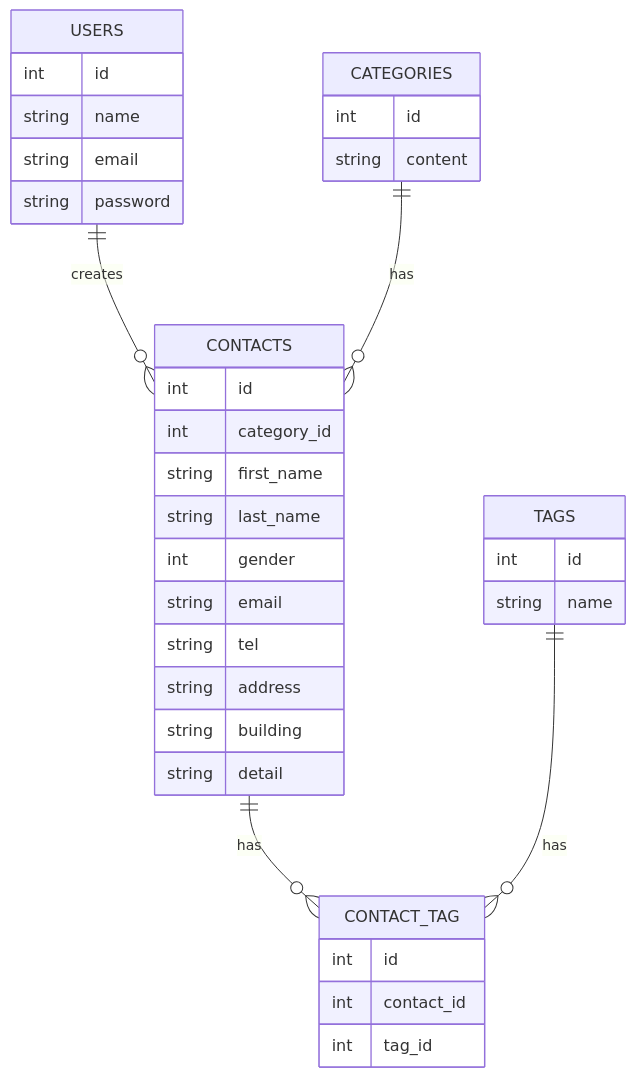
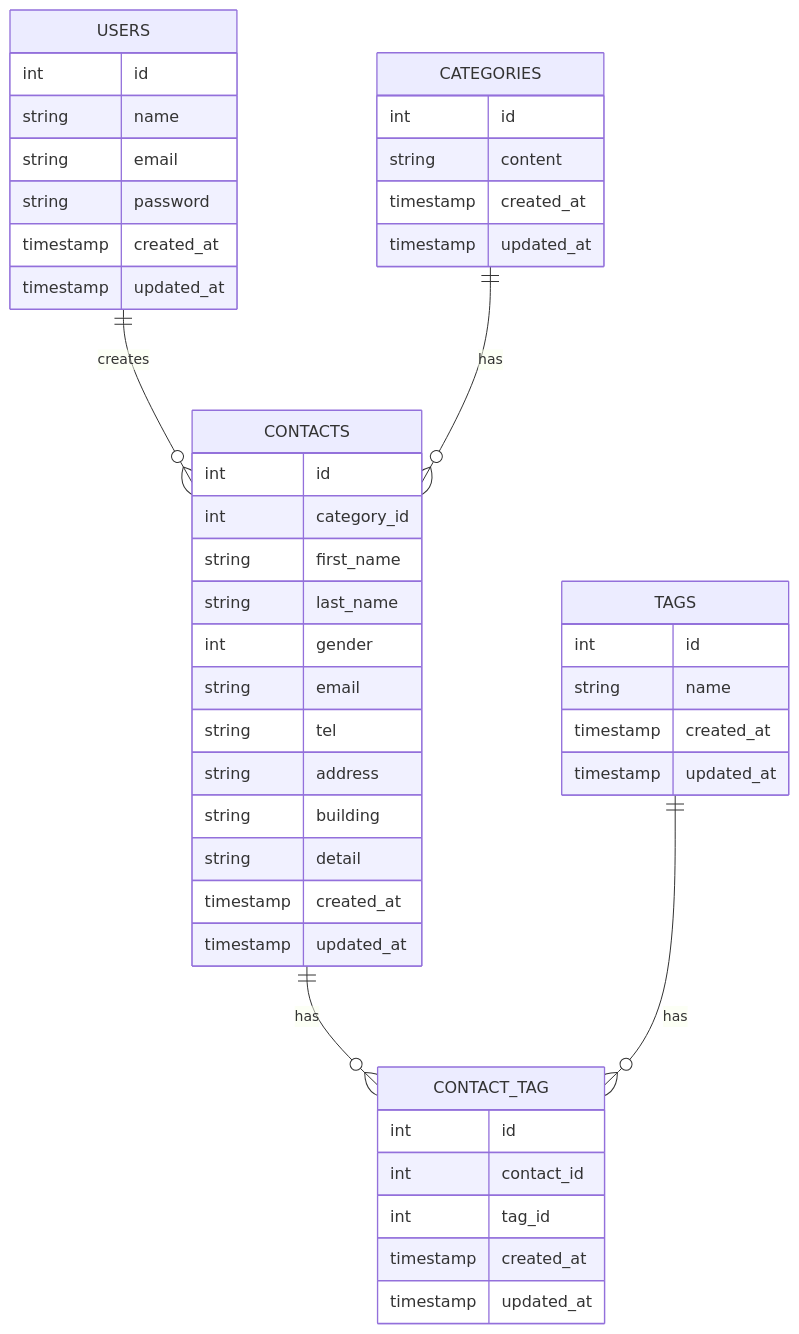
Before and after one commit to sae0715/contact-form-app: the diagram in README.md, drawn with Mermaid. The commit also changed other lines of this file, not shown here.

````diff
--- a/README.md
+++ b/README.md
@@ -12,43 +10,53 @@
 ```mermaid
 erDiagram
     USERS ||--o{ CONTACTS : creates
     CATEGORIES ||--o{ CONTACTS : has
     CONTACTS ||--o{ CONTACT_TAG : has
     TAGS ||--o{ CONTACT_TAG : has
     
     USERS {
         int id
         string name
         string email
         string password
+        timestamp created_at
+        timestamp updated_at
     }
     
     CATEGORIES {
         int id
         string content
+        timestamp created_at
+        timestamp updated_at
     }
     
     CONTACTS {
         int id
         int category_id
         string first_name
         string last_name
         int gender
         string email
         string tel
         string address
         string building
         string detail
+        timestamp created_at
+        timestamp updated_at
     }
     
     TAGS {
         int id
         string name
+        timestamp created_at
+        timestamp updated_at
     }
     
     CONTACT_TAG {
         int id
         int contact_id
         int tag_id
+        timestamp created_at
+        timestamp updated_at
     }
 ```
````
